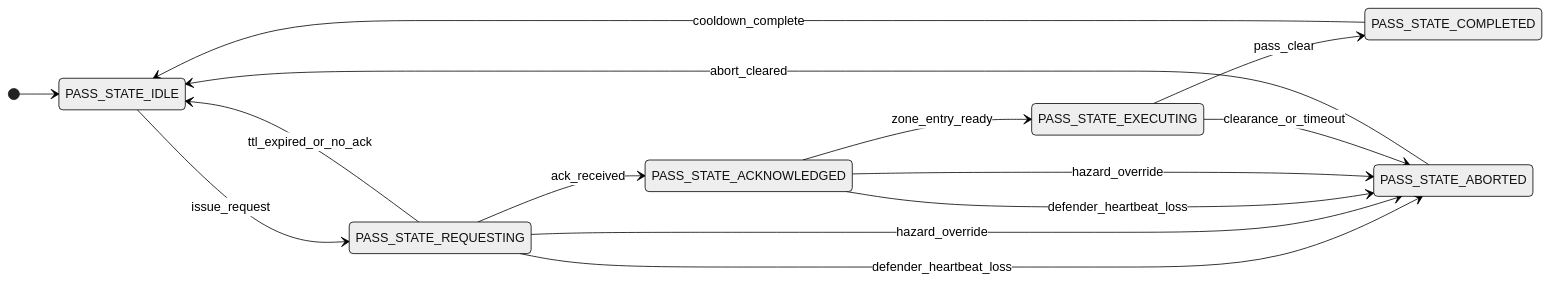
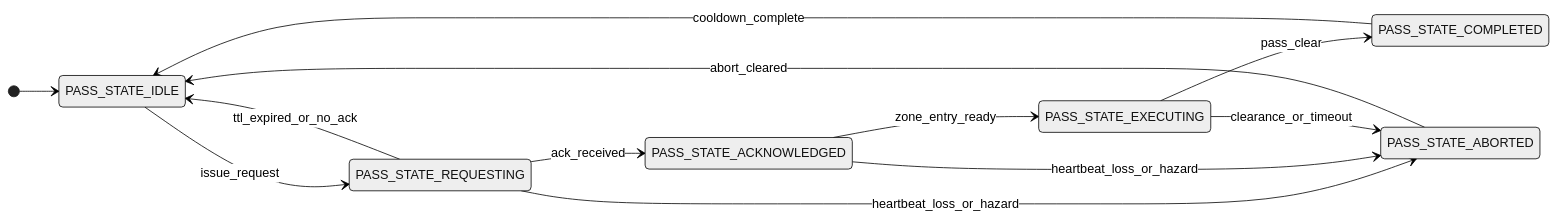
The first of 2 diagrams in README.md (airacingtech/multicar_rules_of_engagement), drawn with Mermaid (neutral theme) before and after one commit. The commit also changed other lines of this file, not shown here.

````diff
--- a/README.md
+++ b/README.md
@@ -82,17 +82,15 @@
 ```mermaid
 stateDiagram-v2
     direction LR
     [*] --> PASS_STATE_IDLE
     PASS_STATE_IDLE --> PASS_STATE_REQUESTING: issue_request
     PASS_STATE_REQUESTING --> PASS_STATE_IDLE: ttl_expired_or_no_ack
     PASS_STATE_REQUESTING --> PASS_STATE_ACKNOWLEDGED: ack_received
-    PASS_STATE_REQUESTING --> PASS_STATE_ABORTED: defender_heartbeat_loss
-    PASS_STATE_REQUESTING --> PASS_STATE_ABORTED: hazard_override
+    PASS_STATE_REQUESTING --> PASS_STATE_ABORTED: heartbeat_loss_or_hazard
     PASS_STATE_ACKNOWLEDGED --> PASS_STATE_EXECUTING: zone_entry_ready
-    PASS_STATE_ACKNOWLEDGED --> PASS_STATE_ABORTED: defender_heartbeat_loss
-    PASS_STATE_ACKNOWLEDGED --> PASS_STATE_ABORTED: hazard_override
+    PASS_STATE_ACKNOWLEDGED --> PASS_STATE_ABORTED: heartbeat_loss_or_hazard
     PASS_STATE_EXECUTING --> PASS_STATE_COMPLETED: pass_clear
     PASS_STATE_EXECUTING --> PASS_STATE_ABORTED: clearance_or_timeout
     PASS_STATE_COMPLETED --> PASS_STATE_IDLE: cooldown_complete
     PASS_STATE_ABORTED --> PASS_STATE_IDLE: abort_cleared
 ```
````
